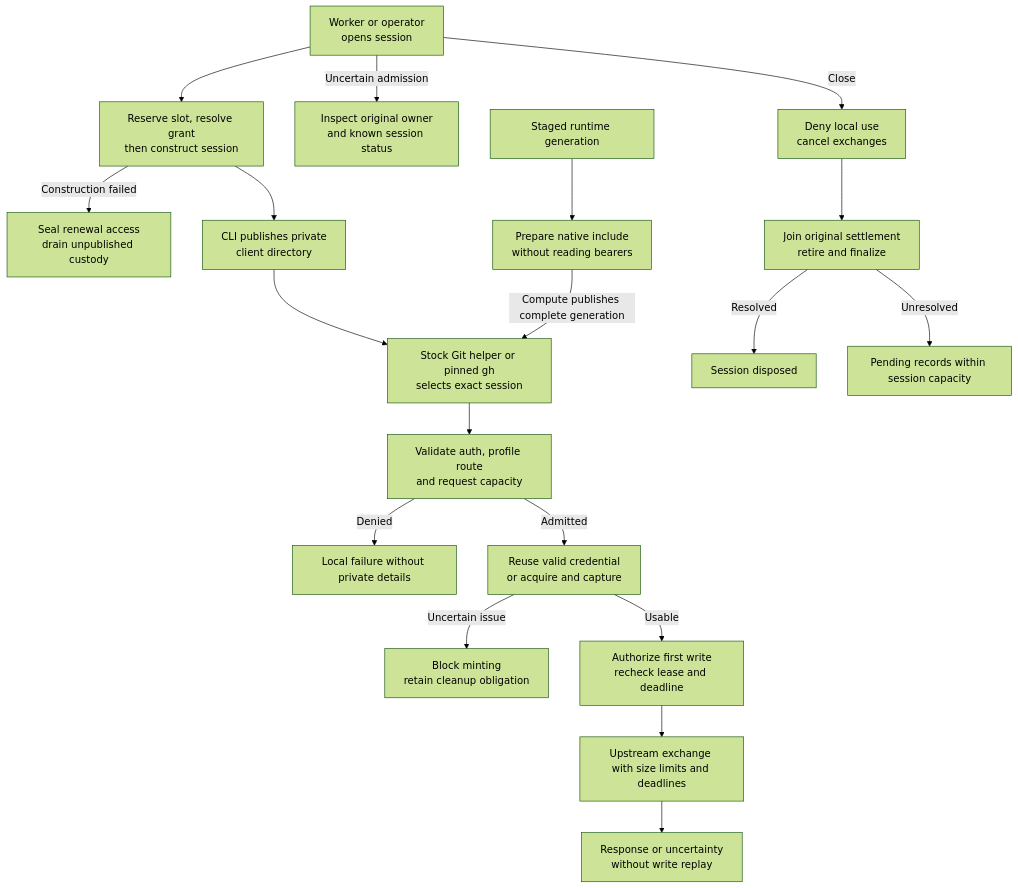
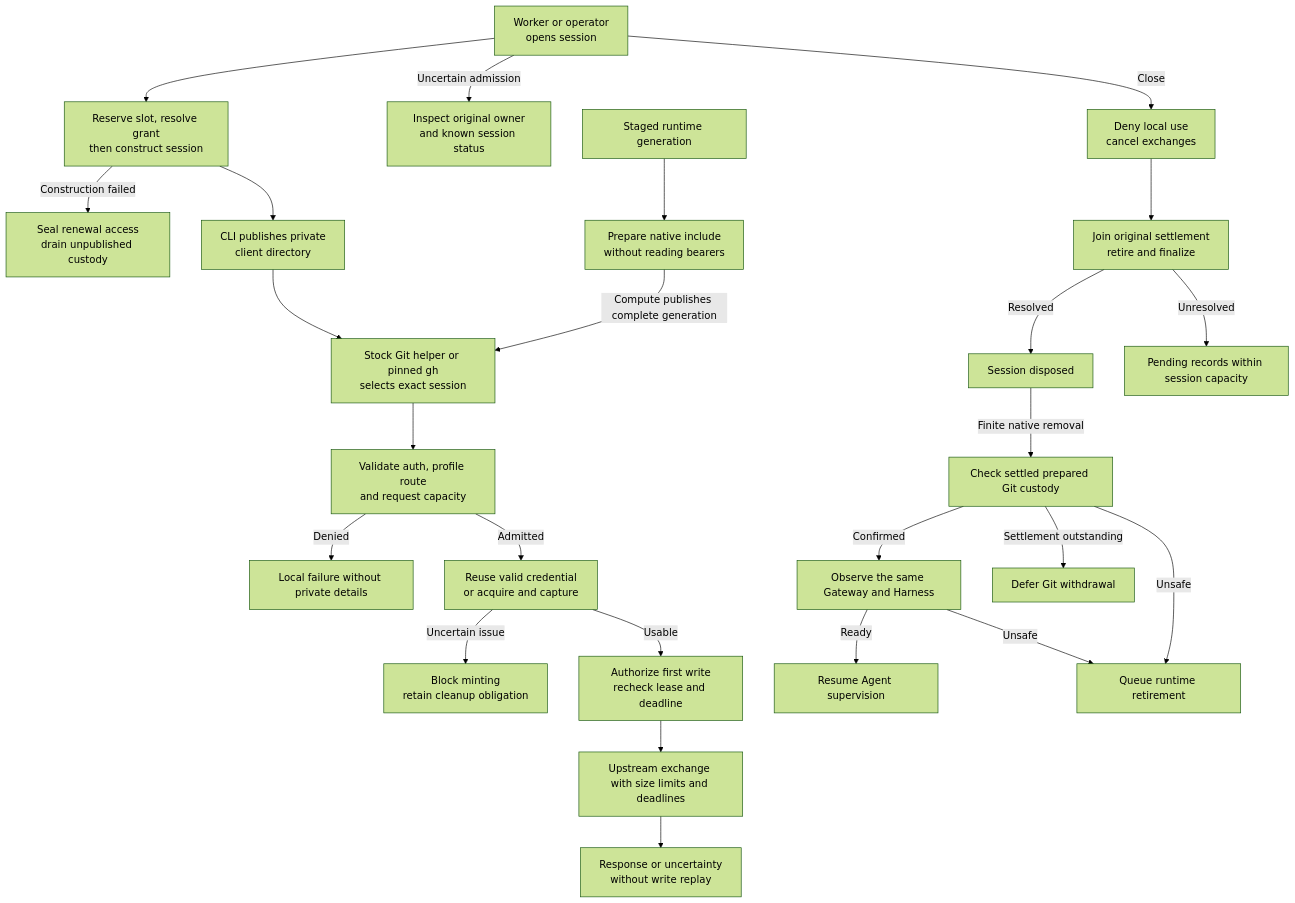
One commit to openclaw/openclaw-enterprise changed the diagram in docs/flows/repository-credentials.md. Above: the diagram before and after it, drawn with Mermaid (forest theme). The commit also changed other lines of this file and 8 other files, not shown here.

Commit message:
Keep the running Agent after verified native Git withdrawal

````diff
--- a/docs/flows/repository-credentials.md
+++ b/docs/flows/repository-credentials.md
@@ -29,21 +29,27 @@
 ```mermaid
 graph TD
   Operator["Worker or operator<br/>opens session"] --> Admission["Reserve slot, resolve grant<br/>then construct session"]
   Admission -->|Construction failed| ConstructionCleanup["Seal renewal access<br/>drain unpublished custody"]
   Operator -->|Uncertain admission| Recovery["Inspect original owner<br/>and known session status"]
   Admission --> Files["CLI publishes private<br/>client directory"]
   Files --> Client["Stock Git helper or pinned gh<br/>selects exact session"]
   Staged["Staged runtime generation"] --> Native["Prepare native include<br/>without reading bearers"]
   Native -->|Compute publishes complete generation| Client
   Client --> Route["Validate auth, profile route<br/>and request capacity"]
   Route -->|Denied| Denial["Local failure without private details"]
   Route -->|Admitted| Credential["Reuse valid credential<br/>or acquire and capture"]
   Credential -->|Uncertain issue| Blocked["Block minting<br/>retain cleanup obligation"]
   Credential -->|Usable| Gate["Authorize first write<br/>recheck lease and deadline"]
   Gate --> Upstream["Upstream exchange with size limits and deadlines"]
   Upstream --> Result["Response or uncertainty<br/>without write replay"]
   Operator -->|Close| Closed["Deny local use<br/>cancel exchanges"]
   Closed --> Cleanup["Join original settlement<br/>retire and finalize"]
   Cleanup -->|Resolved| Disposed["Session disposed"]
   Cleanup -->|Unresolved| Pending["Pending records within session capacity"]
+  Disposed -->|Finite native removal| NativeCustody["Check settled prepared Git custody"]
+  NativeCustody -->|Confirmed| NativeRuntime["Observe the same Gateway and Harness"]
+  NativeCustody -->|Settlement outstanding| NativeWithdrawalPending["Defer Git withdrawal"]
+  NativeRuntime -->|Ready| NativeKeep["Resume Agent supervision"]
+  NativeRuntime -->|Unsafe| NativeStop["Queue runtime retirement"]
+  NativeCustody -->|Unsafe| NativeStop
 ```
````
